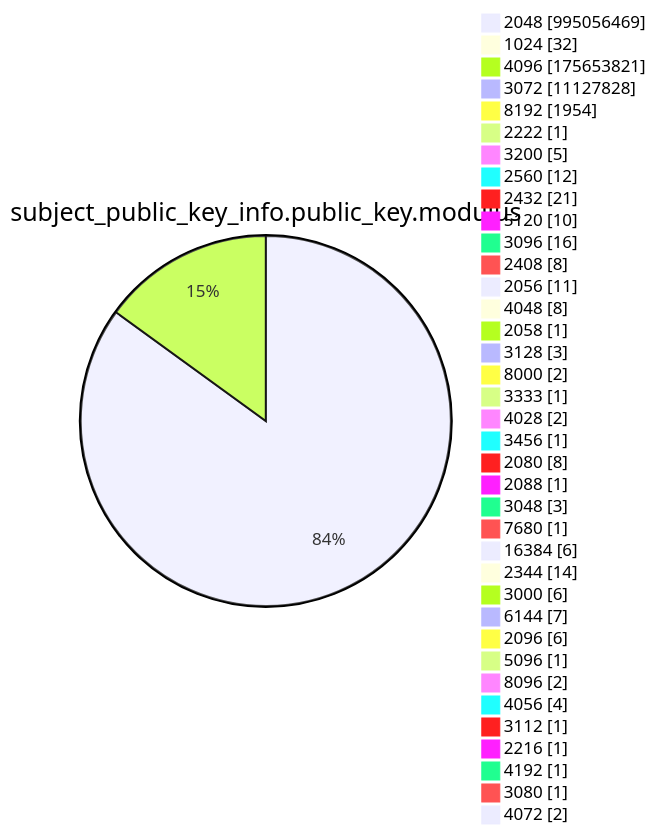
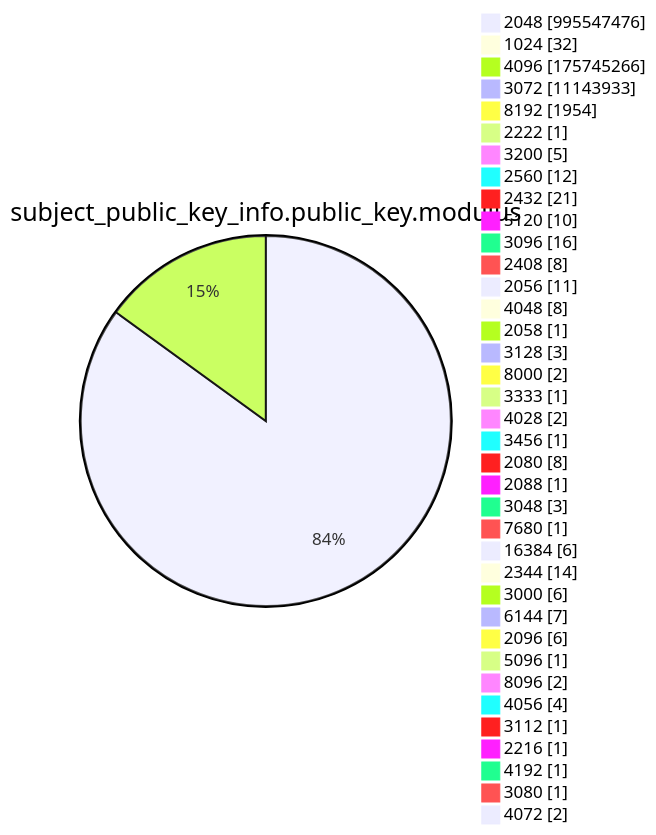
Before and after one commit to christiankrug/ctmonitor_visualization: diagram 13 of 15 in argon2022/README.md, drawn with Mermaid. The commit also changed other lines of this file, not shown here.

````diff
--- a/argon2022/README.md
+++ b/argon2022/README.md
@@ -3587,41 +3587,41 @@
 ```mermaid
 pie showData
 title subject_public_key_info.public_key.modulus
-"2048" :995056469
+"2048" :995547476
 "1024" :32
-"4096" :175653821
-"3072" :11127828
+"4096" :175745266
+"3072" :11143933
 "8192" :1954
 "2222" :1
 "3200" :5
 "2560" :12
 "2432" :21
 "5120" :10
 "3096" :16
 "2408" :8
 "2056" :11
 "4048" :8
 "2058" :1
 "3128" :3
 "8000" :2
 "3333" :1
 "4028" :2
 "3456" :1
 "2080" :8
 "2088" :1
 "3048" :3
 "7680" :1
 "16384" :6
 "2344" :14
 "3000" :6
 "6144" :7
 "2096" :6
 "5096" :1
 "8096" :2
 "4056" :4
 "3112" :1
 "2216" :1
 "4192" :1
 "3080" :1
 "4072" :2
 ```
````
